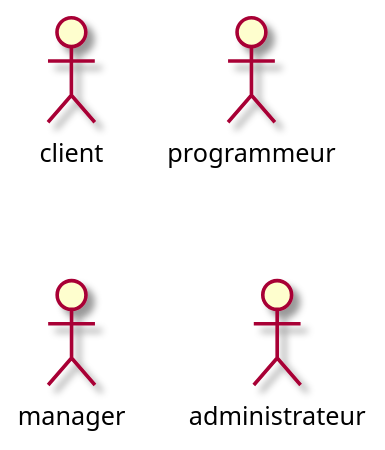
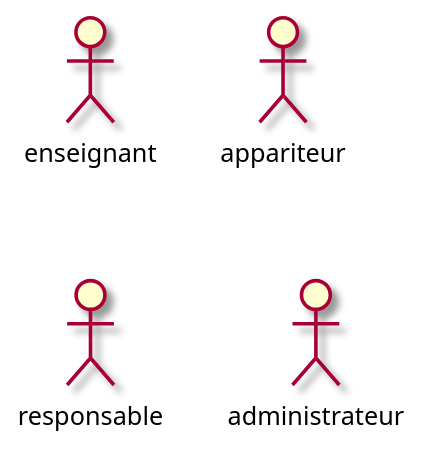
Before and after one commit to mrajaonson/glg204-room-management-system: the first of 5 diagrams in docs/01 Besoins.md, drawn with PlantUML. The commit also changed other lines of this file and 1 other file, not shown here.

````diff
--- a/docs/01 Besoins.md
+++ b/docs/01 Besoins.md
@@ -93,9 +52,9 @@
-~~~plantuml
+```plantuml
 @startuml
 skin rose
-:client:
-:programmeur:
-:manager:
+:enseignant:
+:appariteur:
+:responsable:
 :administrateur:
 @enduml
-~~~
+```
````
